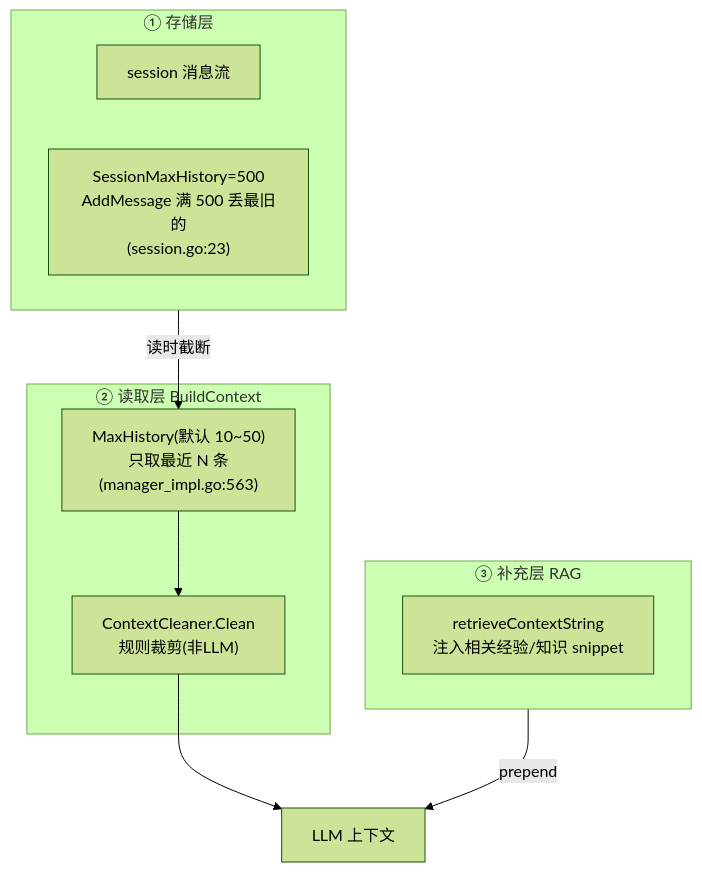
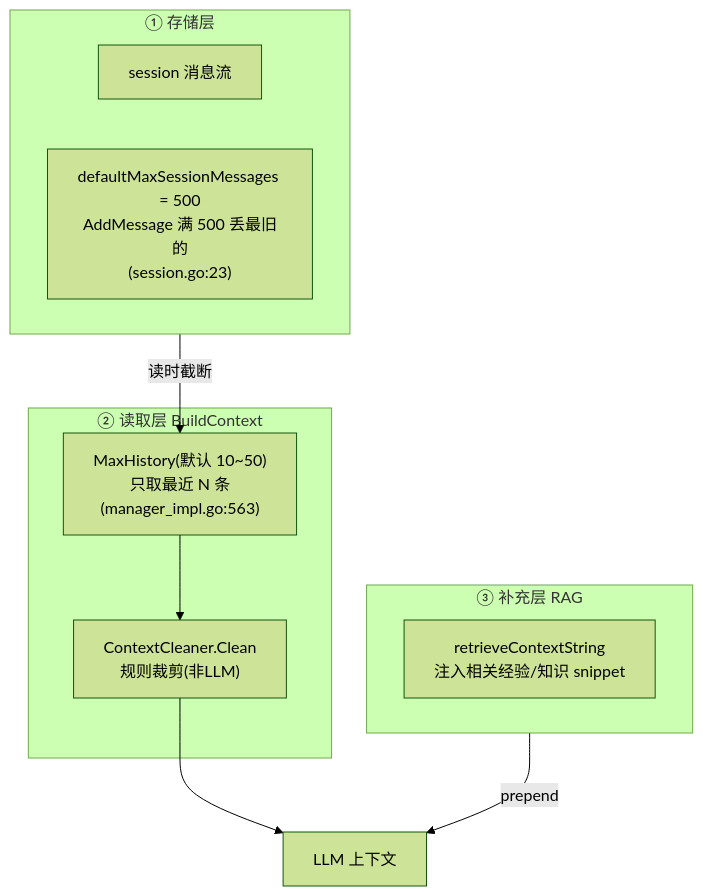
Before and after one commit to Timwood0x10/ARES: diagram 26 of 26 in docs/system-internals.zh.md, drawn with Mermaid (forest theme). The commit also changed other lines of this file and 2 other files, not shown here.

First line of the commit message:
docs: separate the configured history cap from the hard 500 and stop calling 0.3.5 work in progress

````diff
--- a/docs/system-internals.zh.md
+++ b/docs/system-internals.zh.md
@@ -2007,18 +2007,18 @@
 ```mermaid
 flowchart TB
     subgraph store[① 存储层]
         m[session 消息流]
-        c["SessionMaxHistory=500<br/>AddMessage 满 500 丢最旧的<br/>(session.go:23)"]
+        c["defaultMaxSessionMessages = 500<br/>AddMessage 满 500 丢最旧的<br/>(session.go:23)"]
     end
     subgraph read[② 读取层 BuildContext]
         w["MaxHistory(默认 10~50)<br/>只取最近 N 条<br/>(manager_impl.go:563)"]
         cl["ContextCleaner.Clean<br/>规则裁剪(非LLM)"]
     end
     subgraph rag[③ 补充层 RAG]
         r["retrieveContextString<br/>注入相关经验/知识 snippet"]
     end
     store -->|读时截断| w
     w --> cl
     cl --> out[LLM 上下文]
     rag -->|prepend| out
 ```
````
